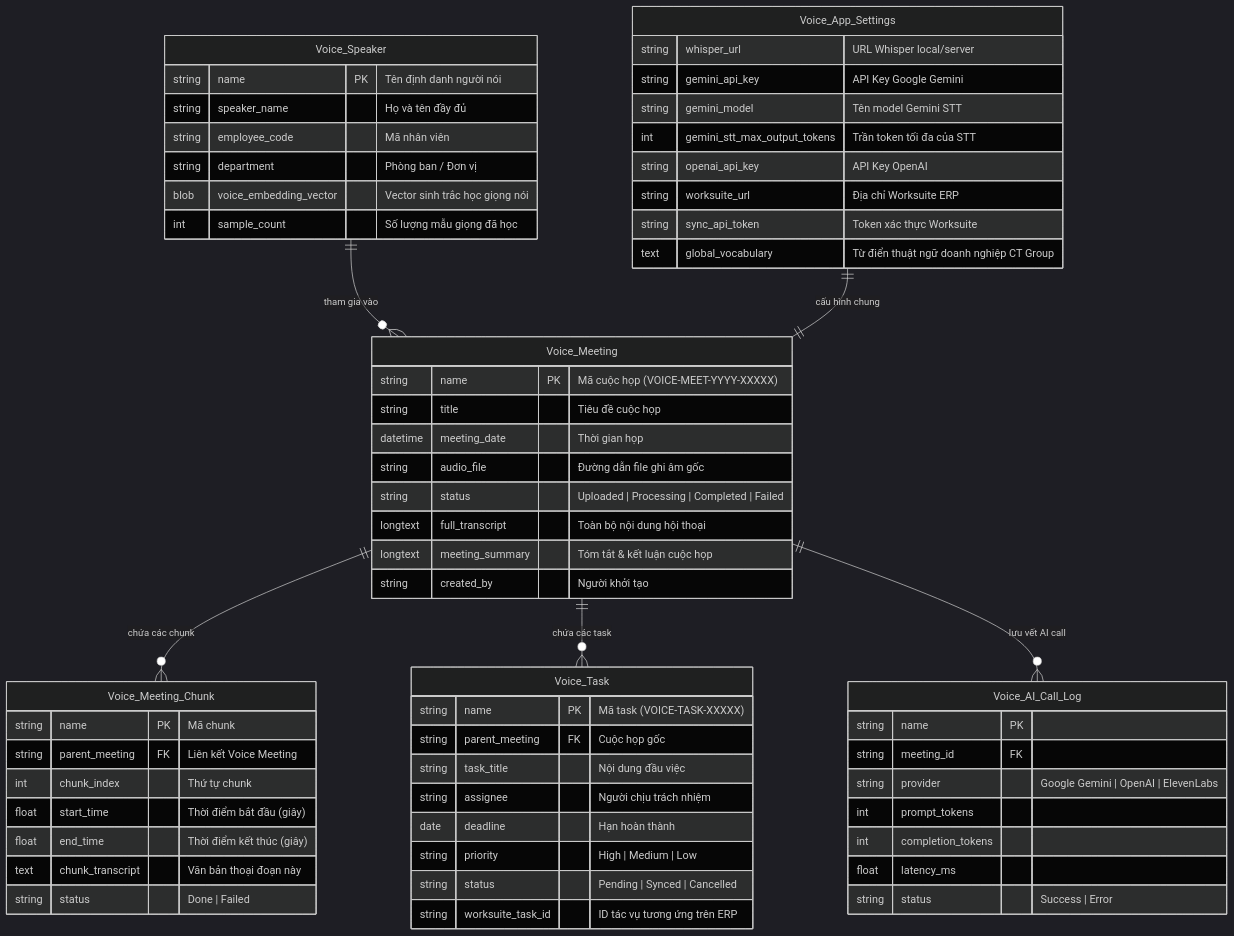
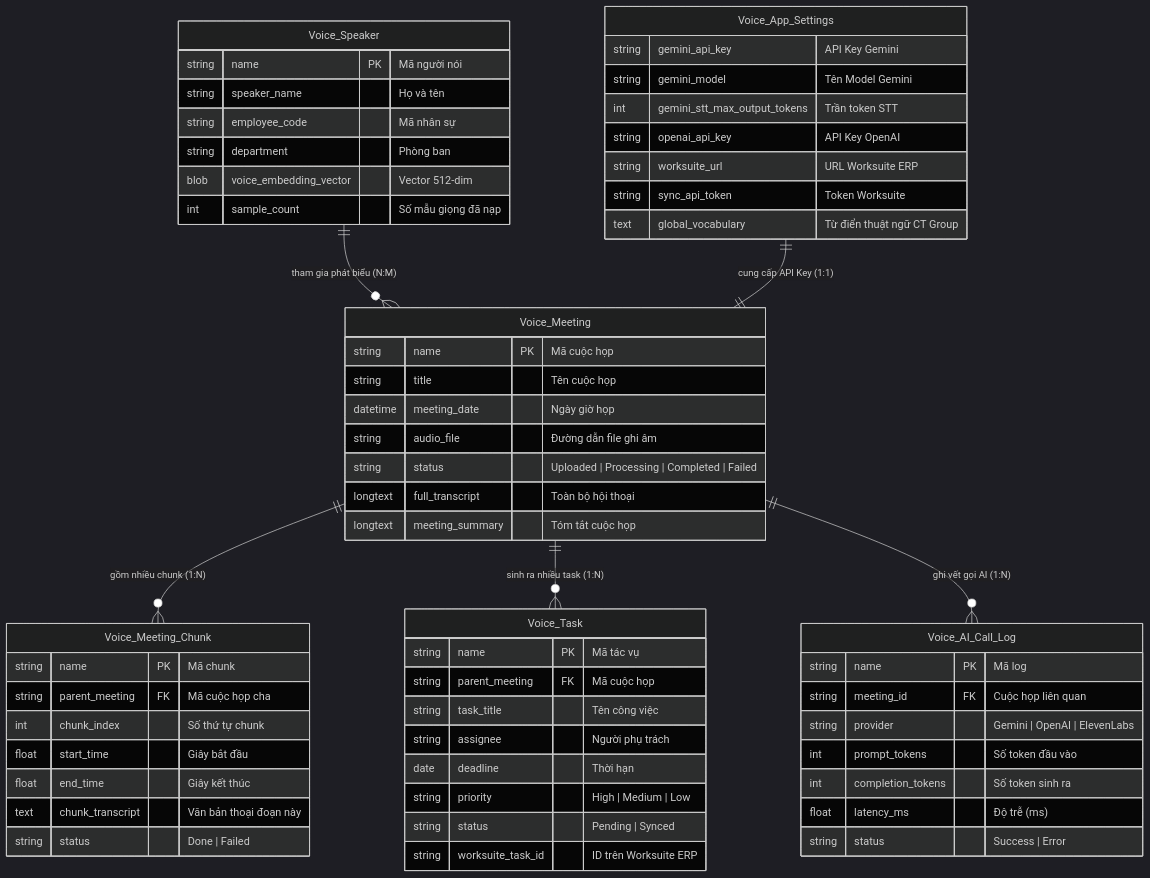
The fifth of 5 diagrams in docs/SYSTEM_WORKFLOW_ARCHITECTURE.md (qh-fol-in-luv-w-data/ai-voice-transcription-worksuite), drawn with Mermaid (dark theme) before and after one commit. The commit also changed other lines of this file, not shown here.

Commit message:
docs: update SYSTEM_WORKFLOW_ARCHITECTURE with detailed Object-to-Object transformation flow diagrams

````diff
--- a/docs/SYSTEM_WORKFLOW_ARCHITECTURE.md
+++ b/docs/SYSTEM_WORKFLOW_ARCHITECTURE.md
@@ -257,70 +276,68 @@
 ```mermaid
 erDiagram
-    Voice_Meeting ||--o{ Voice_Meeting_Chunk : "chứa các chunk"
-    Voice_Meeting ||--o{ Voice_Task : "chứa các task"
-    Voice_Speaker ||--o{ Voice_Meeting : "tham gia vào"
-    Voice_App_Settings ||--|| Voice_Meeting : "cấu hình chung"
-    Voice_Meeting ||--o{ Voice_AI_Call_Log : "lưu vết AI call"
+    Voice_Meeting ||--o{ Voice_Meeting_Chunk : "gồm nhiều chunk (1:N)"
+    Voice_Meeting ||--o{ Voice_Task : "sinh ra nhiều task (1:N)"
+    Voice_Speaker ||--o{ Voice_Meeting : "tham gia phát biểu (N:M)"
+    Voice_App_Settings ||--|| Voice_Meeting : "cung cấp API Key (1:1)"
+    Voice_Meeting ||--o{ Voice_AI_Call_Log : "ghi vết gọi AI (1:N)"
 
     Voice_Meeting {
-        string name PK "Mã cuộc họp (VOICE-MEET-YYYY-XXXXX)"
-        string title "Tiêu đề cuộc họp"
-        datetime meeting_date "Thời gian họp"
-        string audio_file "Đường dẫn file ghi âm gốc"
+        string name PK "Mã cuộc họp"
+        string title "Tên cuộc họp"
+        datetime meeting_date "Ngày giờ họp"
+        string audio_file "Đường dẫn file ghi âm"
         string status "Uploaded | Processing | Completed | Failed"
-        longtext full_transcript "Toàn bộ nội dung hội thoại"
-        longtext meeting_summary "Tóm tắt & kết luận cuộc họp"
-        string created_by "Người khởi tạo"
+        longtext full_transcript "Toàn bộ hội thoại"
+        longtext meeting_summary "Tóm tắt cuộc họp"
     }
 
     Voice_Meeting_Chunk {
         string name PK "Mã chunk"
-        string parent_meeting FK "Liên kết Voice Meeting"
-        int chunk_index "Thứ tự chunk"
-        float start_time "Thời điểm bắt đầu (giây)"
-        float end_time "Thời điểm kết thúc (giây)"
+        string parent_meeting FK "Mã cuộc họp cha"
+        int chunk_index "Số thứ tự chunk"
+        float start_time "Giây bắt đầu"
+        float end_time "Giây kết thúc"
         text chunk_transcript "Văn bản thoại đoạn này"
         string status "Done | Failed"
     }
 
     Voice_Task {
-        string name PK "Mã task (VOICE-TASK-XXXXX)"
-        string parent_meeting FK "Cuộc họp gốc"
-        string task_title "Nội dung đầu việc"
-        string assignee "Người chịu trách nhiệm"
-        date deadline "Hạn hoàn thành"
+        string name PK "Mã tác vụ"
+        string parent_meeting FK "Mã cuộc họp"
+        string task_title "Tên công việc"
+        string assignee "Người phụ trách"
+        date deadline "Thời hạn"
         string priority "High | Medium | Low"
-        string status "Pending | Synced | Cancelled"
-        string worksuite_task_id "ID tác vụ tương ứng trên ERP"
+        string status "Pending | Synced"
+        string worksuite_task_id "ID trên Worksuite ERP"
     }
 
     Voice_Speaker {
-        string name PK "Tên định danh người nói"
-        string speaker_name "Họ và tên đầy đủ"
-        string employee_code "Mã nhân viên"
-        string department "Phòng ban / Đơn vị"
-        blob voice_embedding_vector "Vector sinh trắc học giọng nói"
-        int sample_count "Số lượng mẫu giọng đã học"
+        string name PK "Mã người nói"
+        string speaker_name "Họ và tên"
+        string employee_code "Mã nhân sự"
+        string department "Phòng ban"
+        blob voice_embedding_vector "Vector 512-dim"
+        int sample_count "Số mẫu giọng đã nạp"
     }
 
     Voice_App_Settings {
-        string whisper_url "URL Whisper local/server"
-        string gemini_api_key "API Key Google Gemini"
-        string gemini_model "Tên model Gemini STT"
-        int gemini_stt_max_output_tokens "Trần token tối đa của STT"
+        string gemini_api_key "API Key Gemini"
+        string gemini_model "Tên Model Gemini"
+        int gemini_stt_max_output_tokens "Trần token STT"
         string openai_api_key "API Key OpenAI"
-        string worksuite_url "Địa chỉ Worksuite ERP"
-        string sync_api_token "Token xác thực Worksuite"
-        text global_vocabulary "Từ điển thuật ngữ doanh nghiệp CT Group"
+        string worksuite_url "URL Worksuite ERP"
+        string sync_api_token "Token Worksuite"
+        text global_vocabulary "Từ điển thuật ngữ CT Group"
     }
 
     Voice_AI_Call_Log {
-        string name PK
-        string meeting_id FK
-        string provider "Google Gemini | OpenAI | ElevenLabs"
-        int prompt_tokens
-        int completion_tokens
-        float latency_ms
+        string name PK "Mã log"
+        string meeting_id FK "Cuộc họp liên quan"
+        string provider "Gemini | OpenAI | ElevenLabs"
+        int prompt_tokens "Số token đầu vào"
+        int completion_tokens "Số token sinh ra"
+        float latency_ms "Độ trễ (ms)"
         string status "Success | Error"
     }
 ```
````
